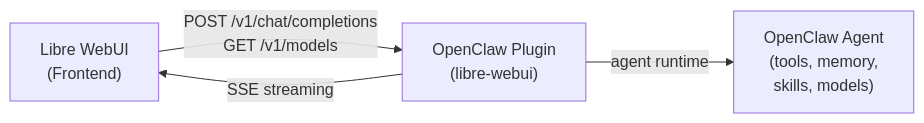
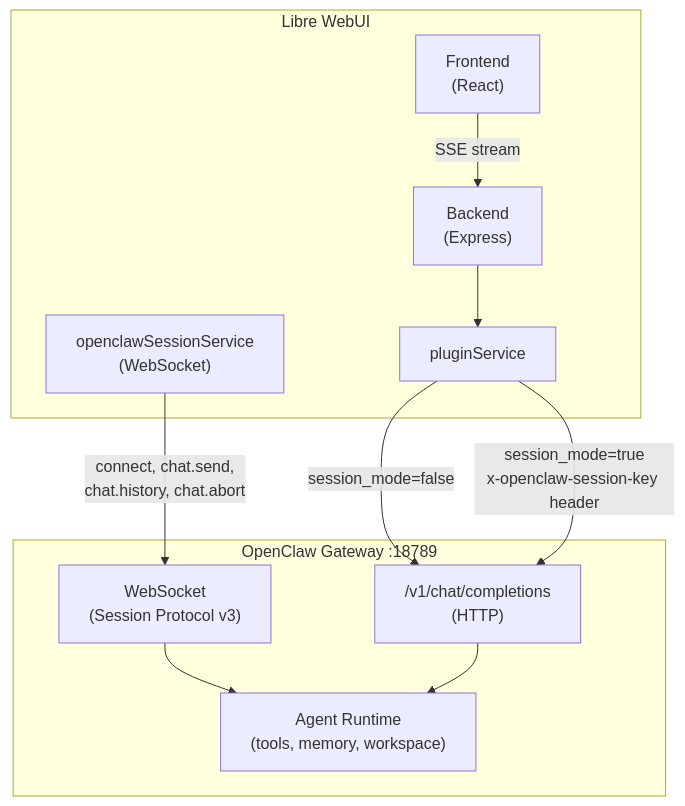
Before and after one commit to libre-webui/libre-webui: the first of 2 diagrams in docs/31-OPENCLAW_INTEGRATION.md, drawn with Mermaid. The commit also changed other lines of this file and 1 other file, not shown here.

First line of the commit message:
fix: patch CodeQL security alerts in pluginService + update OpenClaw docs

````diff
--- a/docs/31-OPENCLAW_INTEGRATION.md
+++ b/docs/31-OPENCLAW_INTEGRATION.md
@@ -15,6 +20,23 @@
 ```mermaid
-flowchart LR
-    A["Libre WebUI<br/>(Frontend)"] -->|"POST /v1/chat/completions<br/>GET /v1/models"| B["OpenClaw Plugin<br/>(libre-webui)"]
-    B -->|"SSE streaming"| A
-    B -->|"agent runtime"| C["OpenClaw Agent<br/>(tools, memory,<br/>skills, models)"]
+flowchart TD
+    subgraph "Libre WebUI"
+        FE["Frontend<br/>(React)"]
+        BE["Backend<br/>(Express)"]
+        PS["pluginService"]
+        OCS["openclawSessionService<br/>(WebSocket)"]
+    end
+
+    subgraph "OpenClaw Gateway :18789"
+        HTTP["/v1/chat/completions<br/>(HTTP)"]
+        WS["WebSocket<br/>(Session Protocol v3)"]
+        AGENT["Agent Runtime<br/>(tools, memory, workspace)"]
+    end
+
+    FE -->|"SSE stream"| BE
+    BE --> PS
+    PS -->|"session_mode=false"| HTTP
+    PS -->|"session_mode=true<br/>x-openclaw-session-key header"| HTTP
+    OCS -->|"connect, chat.send,<br/>chat.history, chat.abort"| WS
+    WS --> AGENT
+    HTTP --> AGENT
 ```
````
